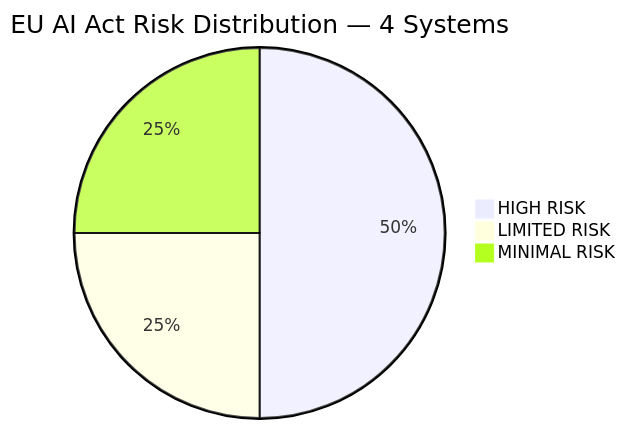
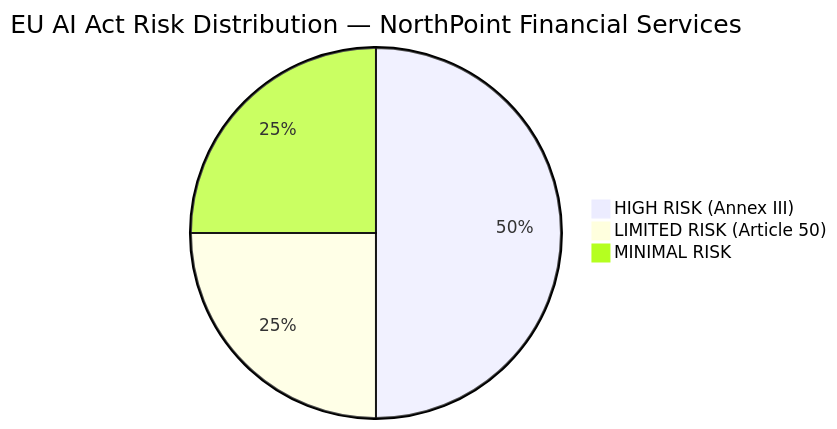
One commit to franciscovfonseca/AI-System-Inventory changed the second of 3 diagrams in README.md. Above: the diagram before and after it, drawn with Mermaid. The commit also changed other lines of this file, not shown here.

````diff
--- a/README.md
+++ b/README.md
@@ -81,6 +99,6 @@
 ```mermaid
-pie title EU AI Act Risk Distribution — 4 Systems
-    "HIGH RISK" : 2
-    "LIMITED RISK" : 1
+pie title EU AI Act Risk Distribution — NorthPoint Financial Services
+    "HIGH RISK (Annex III)" : 2
+    "LIMITED RISK (Article 50)" : 1
     "MINIMAL RISK" : 1
 ```
````
